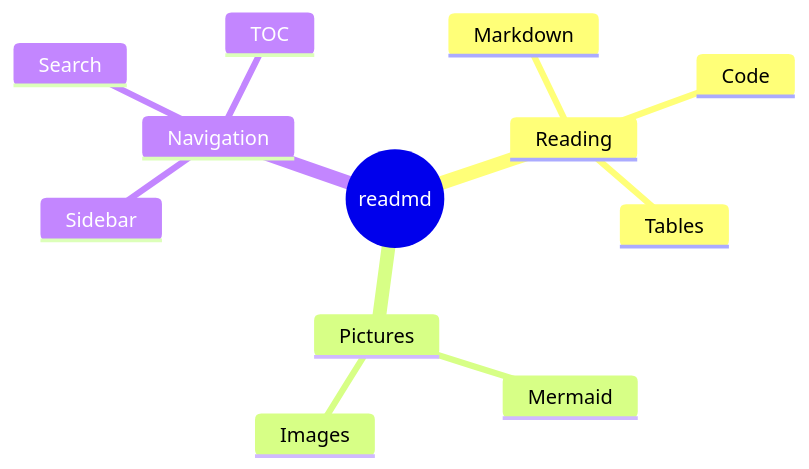
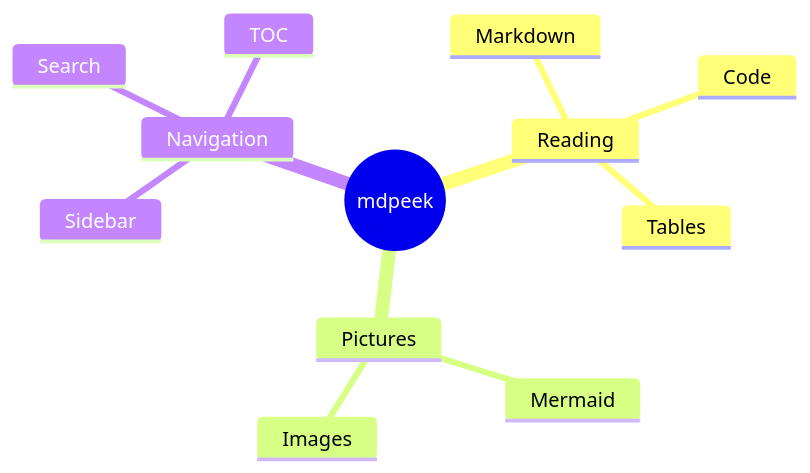
Before and after one commit to CptPhenomeno/mdpeek: the fifth of 11 diagrams in SAMPLE.md, drawn with Mermaid. The commit also changed other lines of this file and 10 other files, not shown here.

Commit message:
docs: rename readmd to mdpeek in docs, fixtures and snapshots

````diff
--- a/SAMPLE.md
+++ b/SAMPLE.md
@@ -318,15 +318,15 @@
 ```mermaid
 mindmap
-  root((readmd))
+  root((mdpeek))
     Reading
       Markdown
       Code
       Tables
     Pictures
       Mermaid
       Images
     Navigation
       Sidebar
       Search
       TOC
 ```
````
